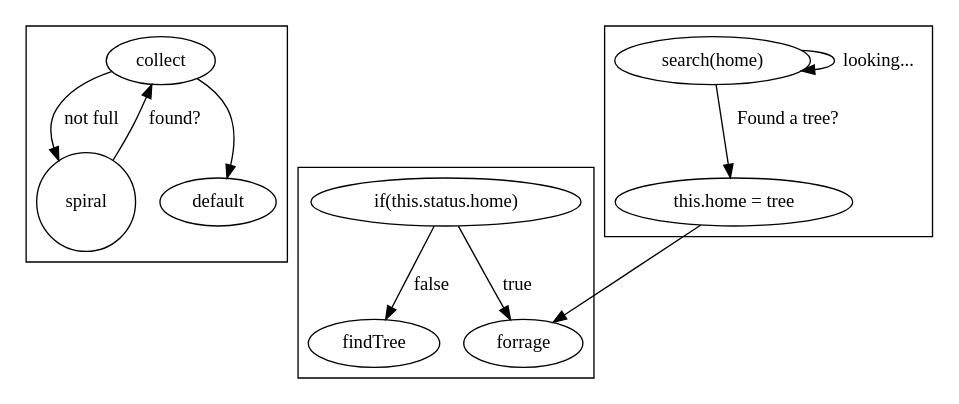
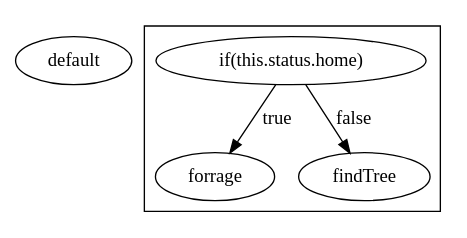
The diagram in src/behaviour/dots/squirrel.dot (shuuki/you-are-dawg), drawn with Graphviz before and after one commit. The commit also changed 3 other files, not shown here.

```diff
--- a/src/behaviour/dots/squirrel.dot
+++ b/src/behaviour/dots/squirrel.dot
@@ -1,31 +1,15 @@
 digraph {
 
 // Terminal state transition nodes
 goHome[label="default", shape="ellipse"]
 goForrage[label="forrage", shape="ellipse"]
 goFindTree[label="findTree", shape="ellipse"]
 
 // State clusters
 subgraph clusterdefault {
 	home [label="if(this.status.home)"];
 	home -> goForrage [label="true"];
 	home -> goFindTree [label="false"];
 }
 
-subgraph clusterfindTree {
-	search [label="search(home)"]
-	set [label="this.home = tree"]
-
-	search -> search [label="looking..."]
-	search -> set [label="Found a tree?"]
-	set -> goForrage;
 }
-
-subgraph clusterforrage {
-	spiral [shape="circle"]
-	spiral -> collect [label="found?"]
-	collect -> spiral [label="not full"]
-	collect -> goHome [label=""]
-}
-
-}
```
